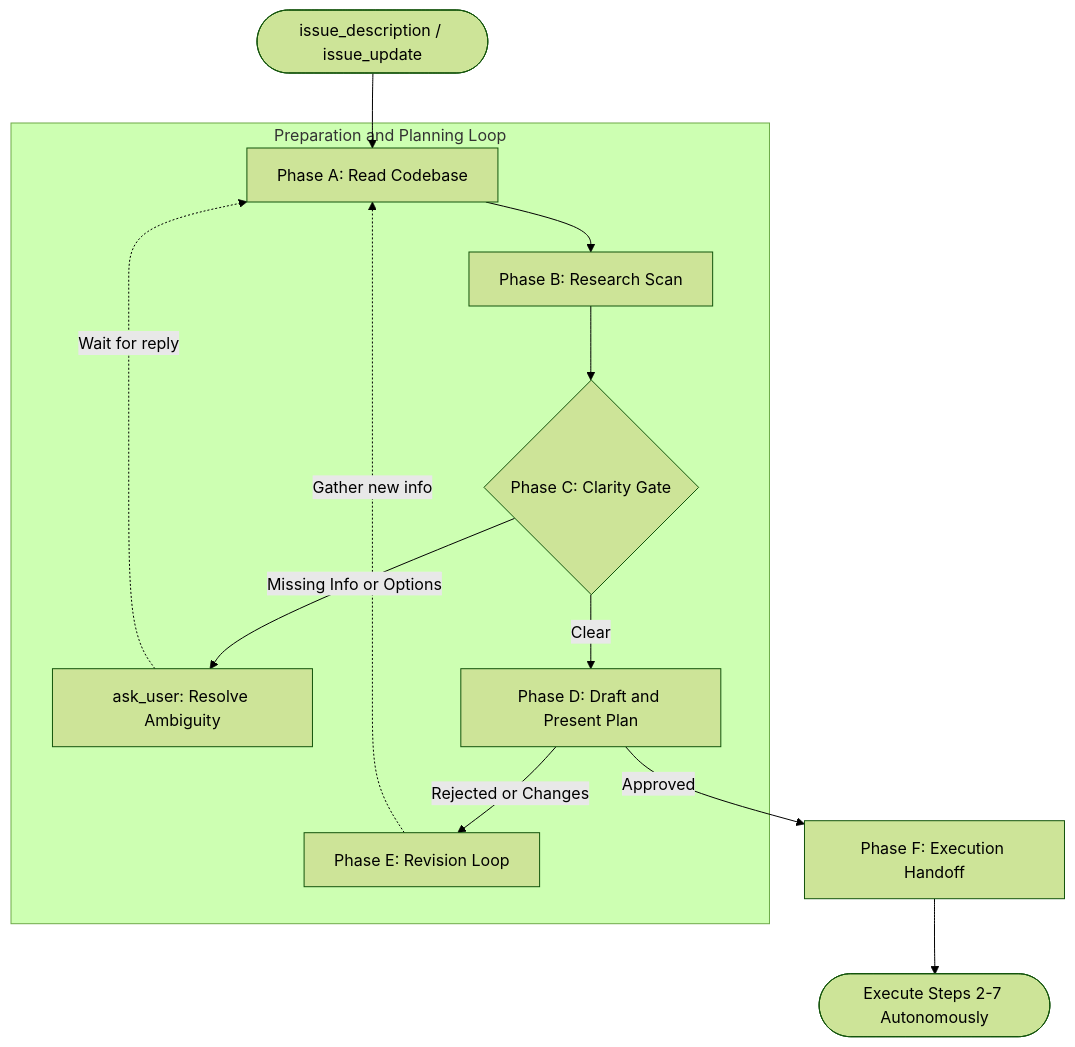
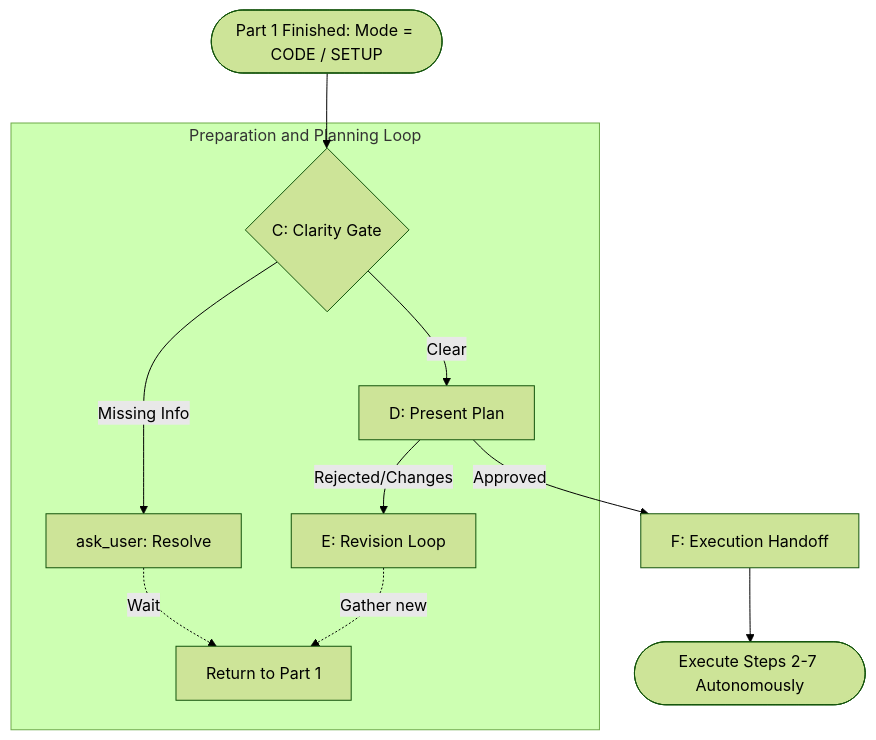
Before and after one commit to WavJaby/ultimate-junie-guideline-configurator: the diagram in src/rules/workflow.md, drawn with Mermaid (forest theme). The commit also changed other lines of this file and 16 other files, not shown here.

````diff
--- a/src/rules/workflow.md
+++ b/src/rules/workflow.md
@@ -11,20 +24,14 @@
 ```mermaid
 graph TD
-    Start([issue_description / issue_update]) --> PhaseA
-    
+    Start([Part 1 Finished: Mode = CODE / SETUP]) --> PhaseC
     subgraph PrepLoop [Preparation and Planning Loop]
-        PhaseA[Phase A: Read Codebase] --> PhaseB[Phase B: Research Scan]
-        PhaseB --> PhaseC{Phase C: Clarity Gate}
-        
-        PhaseC -- Missing Info or Options --> AskGate[ask_user: Resolve Ambiguity]
-        AskGate -. Wait for reply .-> PhaseA
-        
-        PhaseC -- Clear --> PhaseD[Phase D: Draft and Present Plan]
-        
-        PhaseD -- Rejected or Changes --> Revise[Phase E: Revision Loop]
-        Revise -. Gather new info .-> PhaseA
+        PhaseC{C: Clarity Gate}
+        PhaseC -- Missing Info --> AskGate[ask_user: Resolve]
+        AskGate -. Wait .-> PhaseA[Return to Part 1]
+        PhaseC -- Clear --> PhaseD[D: Present Plan]
+        PhaseD -- Rejected/Changes --> Revise[E: Revision Loop]
+        Revise -. Gather new .-> PhaseA
     end
-    
-    PhaseD -- Approved --> PhaseF[Phase F: Execution Handoff]
+    PhaseD -- Approved --> PhaseF[F: Execution Handoff]
     PhaseF --> Exec([Execute Steps 2-7 Autonomously])
 ```
````
